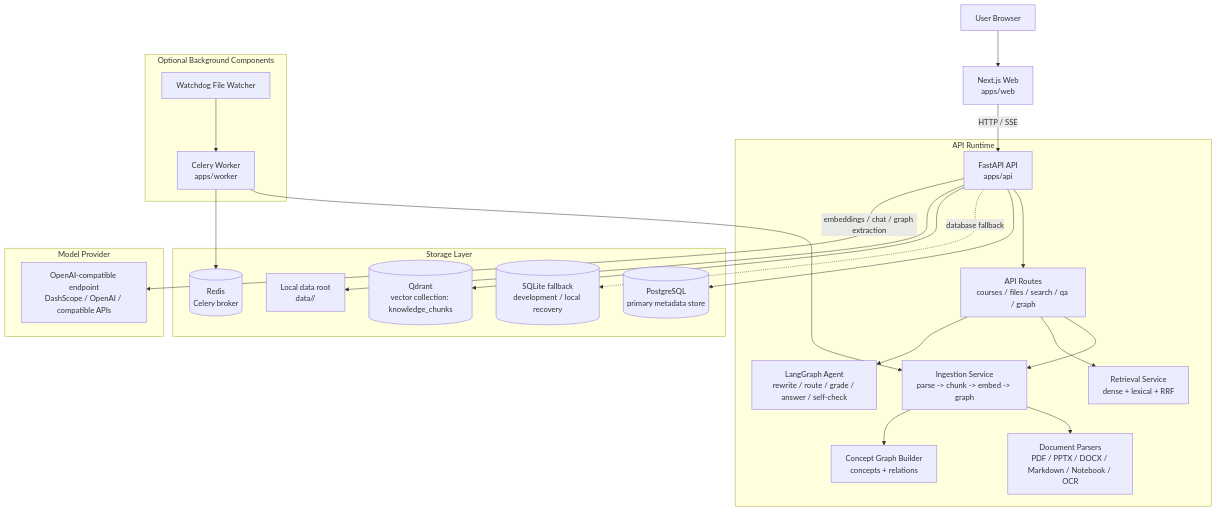
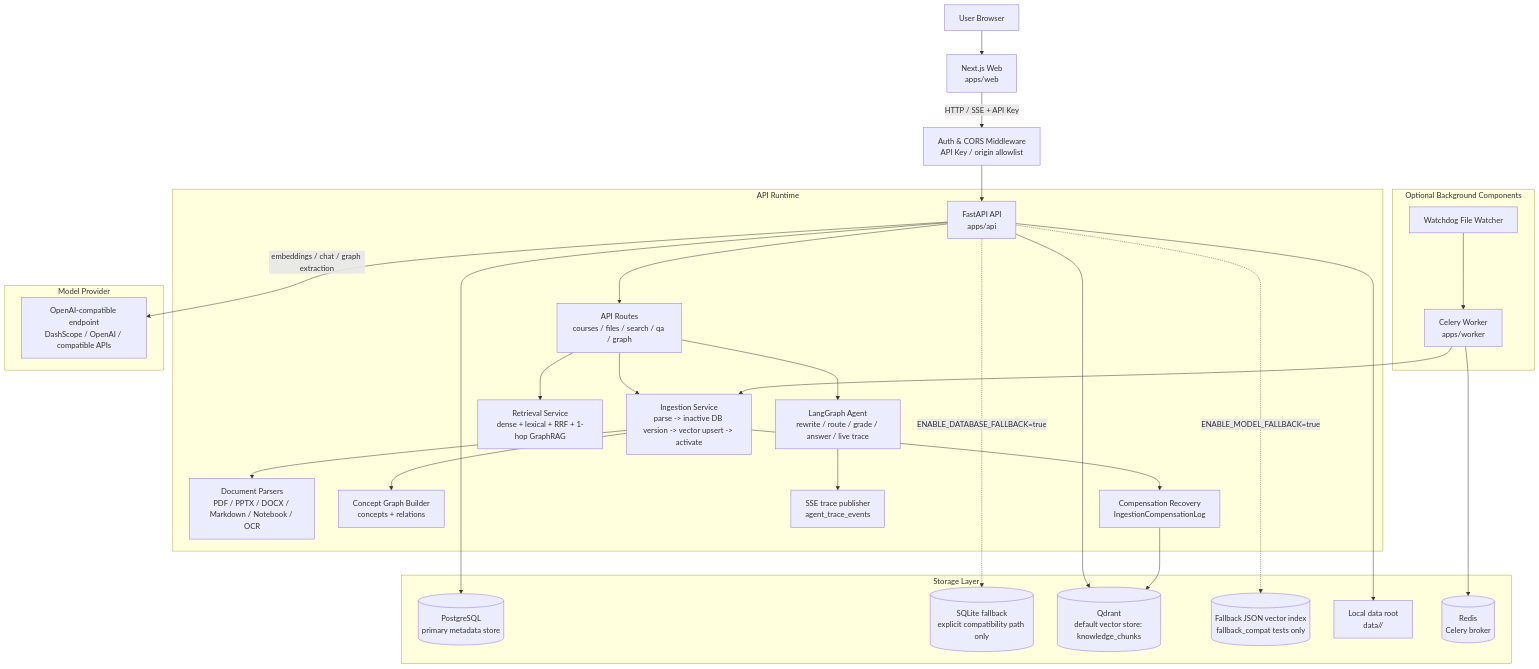
Before and after one commit to Sggggt/DialoGraph: the first of 6 diagrams in README.en.md, drawn with Mermaid. The commit also changed other lines of this file and 32 other files, not shown here.

Commit message:
feat: 恢复了某些事务的ACID特性，增加GraphRAG架构，支持图增强检索

````diff
--- a/README.en.md
+++ b/README.en.md
@@ -11,39 +11,45 @@
 ```mermaid
 flowchart TB
     U["User Browser"] --> W["Next.js Web<br/>apps/web"]
-    W -->|HTTP / SSE| API["FastAPI API<br/>apps/api"]
+    W -->|HTTP / SSE + API Key| SECURITY["Auth & CORS Middleware<br/>API Key / origin allowlist"]
+    SECURITY --> API["FastAPI API<br/>apps/api"]
 
     subgraph API_RUNTIME["API Runtime"]
         API --> ROUTES["API Routes<br/>courses / files / search / qa / graph"]
-        ROUTES --> INGEST["Ingestion Service<br/>parse -> chunk -> embed -> graph"]
-        ROUTES --> RETRIEVAL["Retrieval Service<br/>dense + lexical + RRF"]
-        ROUTES --> AGENT["LangGraph Agent<br/>rewrite / route / grade / answer / self-check"]
+        ROUTES --> INGEST["Ingestion Service<br/>parse -> inactive DB version -> vector upsert -> activate"]
+        ROUTES --> RETRIEVAL["Retrieval Service<br/>dense + lexical + RRF + 1-hop GraphRAG"]
+        ROUTES --> AGENT["LangGraph Agent<br/>rewrite / route / grade / answer / live trace"]
         INGEST --> PARSERS["Document Parsers<br/>PDF / PPTX / DOCX / Markdown / Notebook / OCR"]
         INGEST --> GRAPH["Concept Graph Builder<br/>concepts + relations"]
+        INGEST --> COMP["Compensation Recovery<br/>IngestionCompensationLog"]
+        AGENT --> TRACE["SSE trace publisher<br/>agent_trace_events"]
     end
 
     subgraph WORKERS["Optional Background Components"]
         CELERY["Celery Worker<br/>apps/worker"] --> INGEST
         WATCHER["Watchdog File Watcher"] --> CELERY
     end
 
     subgraph STORES["Storage Layer"]
         DB[("PostgreSQL<br/>primary metadata store")]
-        SQLITE[("SQLite fallback<br/>development / local recovery")]
-        QDRANT[("Qdrant<br/>vector collection: knowledge_chunks")]
+        SQLITE[("SQLite fallback<br/>explicit compatibility path only")]
+        QDRANT[("Qdrant<br/>default vector store: knowledge_chunks")]
+        FALLBACK[("Fallback JSON vector index<br/>fallback_compat tests only")]
         FS["Local data root<br/>data/<Course Name>/"]
         REDIS[("Redis<br/>Celery broker")]
     end
 
     API --> DB
-    API -. "database fallback" .-> SQLITE
+    API -. "ENABLE_DATABASE_FALLBACK=true" .-> SQLITE
     API --> QDRANT
+    COMP --> QDRANT
+    API -. "ENABLE_MODEL_FALLBACK=true" .-> FALLBACK
     API --> FS
     CELERY --> REDIS
 
     subgraph MODEL["Model Provider"]
         LLM["OpenAI-compatible endpoint<br/>DashScope / OpenAI / compatible APIs"]
     end
 
     API -->|embeddings / chat / graph extraction| LLM
 ```
````
